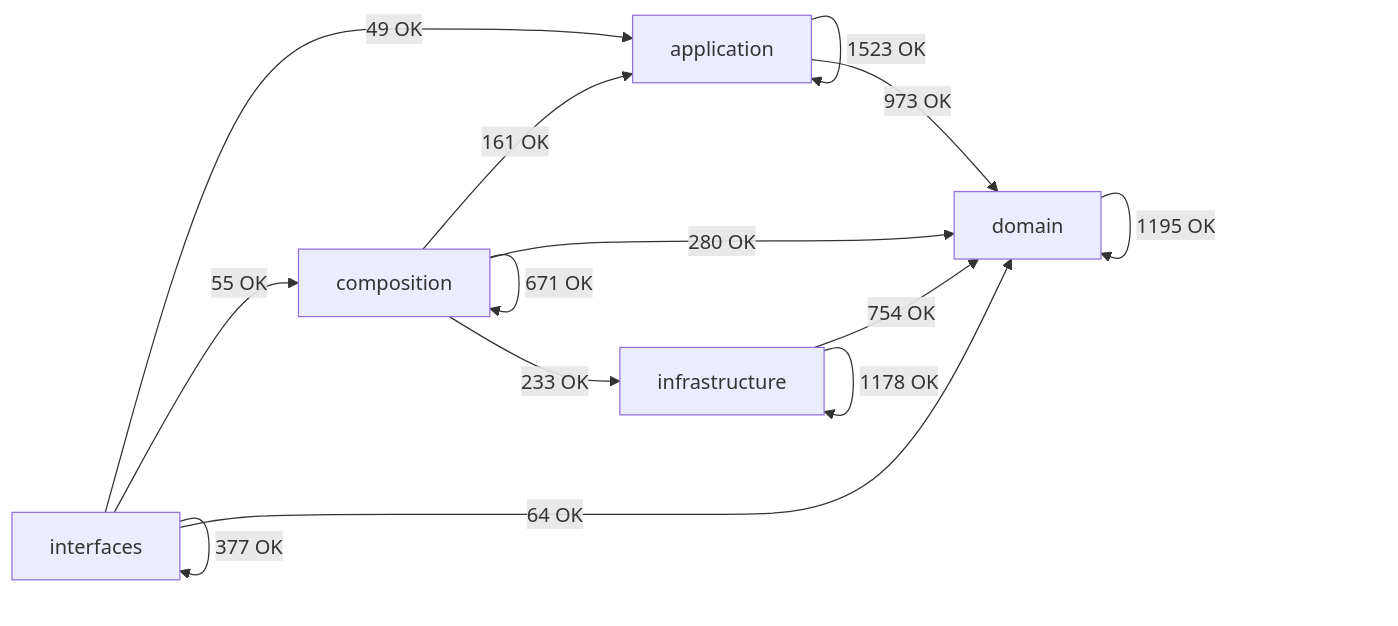
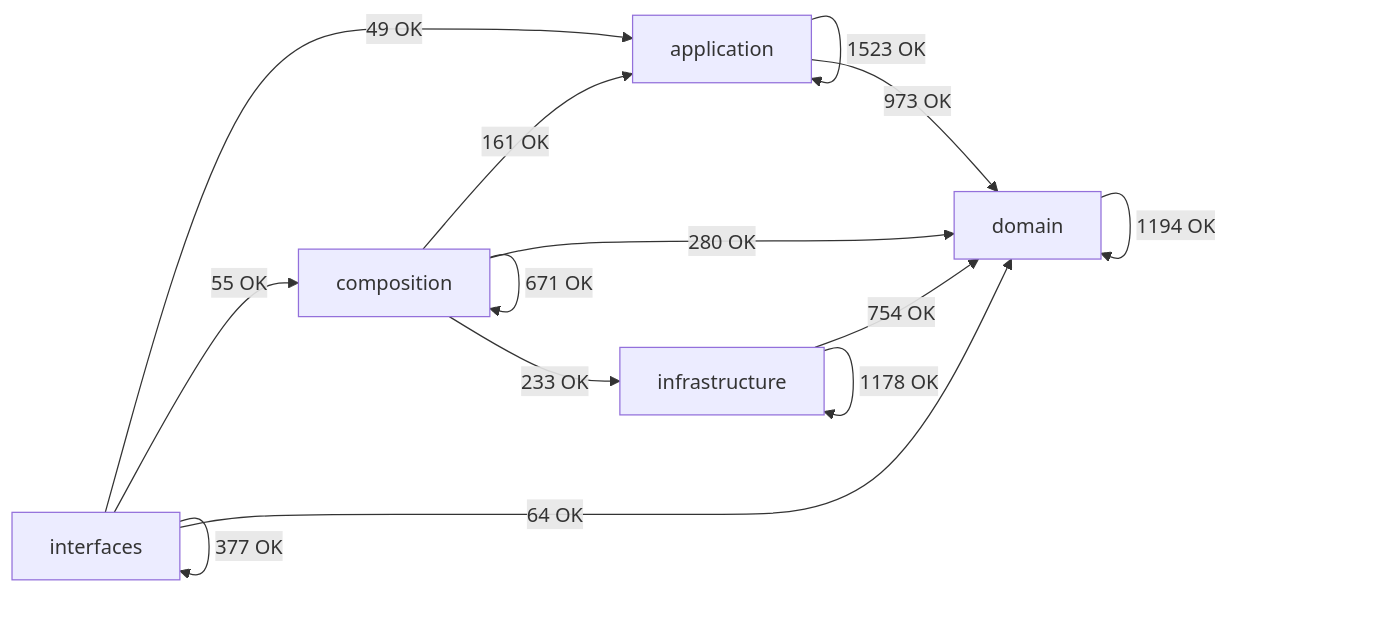
One commit to SatoryKono/BioactivityDataAcquisition changed the diagram in docs/02-architecture/generated/module-dependency-map.md. Above: the diagram before and after it, drawn with Mermaid. The commit also changed other lines of this file and 40 other files, not shown here.

Commit message:
fix(ci): reconcile governance evidence and architecture guards

````diff
--- a/docs/02-architecture/generated/module-dependency-map.md
+++ b/docs/02-architecture/generated/module-dependency-map.md
@@ -17,21 +17,21 @@
 ```mermaid
 flowchart LR
     domain[domain]
     application[application]
     infrastructure[infrastructure]
     composition[composition]
     interfaces[interfaces]
     application -->|1523 OK| application
     application -->|973 OK| domain
     composition -->|161 OK| application
     composition -->|671 OK| composition
     composition -->|280 OK| domain
     composition -->|233 OK| infrastructure
-    domain -->|1195 OK| domain
+    domain -->|1194 OK| domain
     infrastructure -->|754 OK| domain
     infrastructure -->|1178 OK| infrastructure
     interfaces -->|49 OK| application
     interfaces -->|55 OK| composition
     interfaces -->|64 OK| domain
     interfaces -->|377 OK| interfaces
 ```
````
